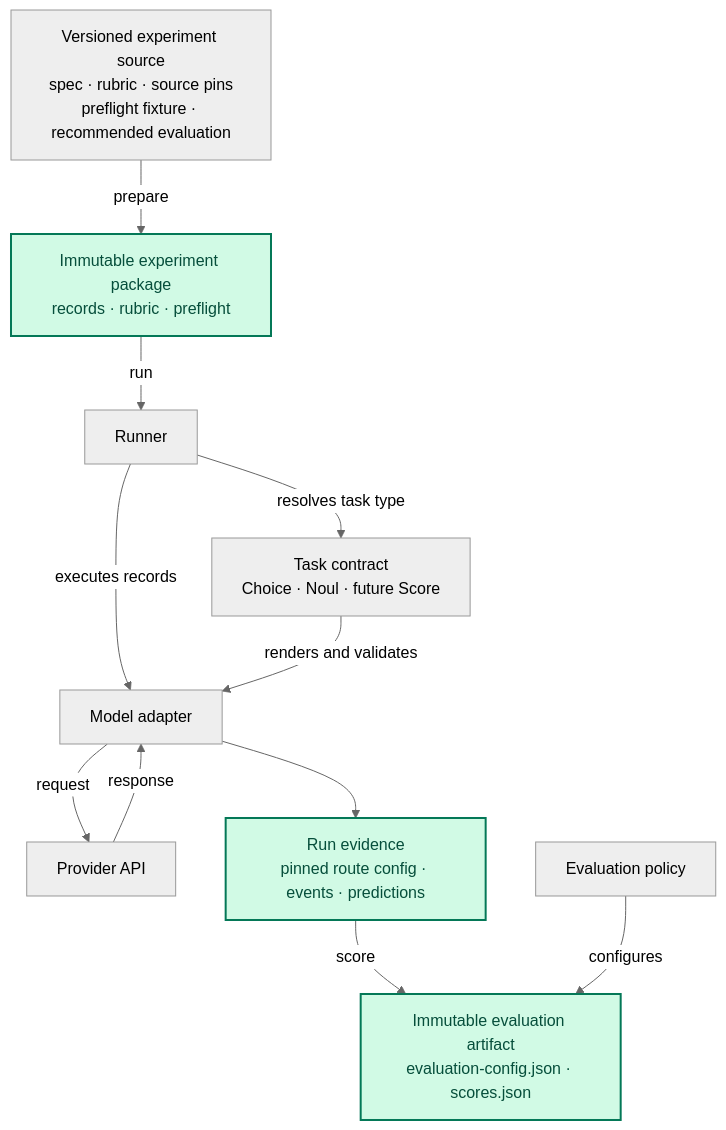
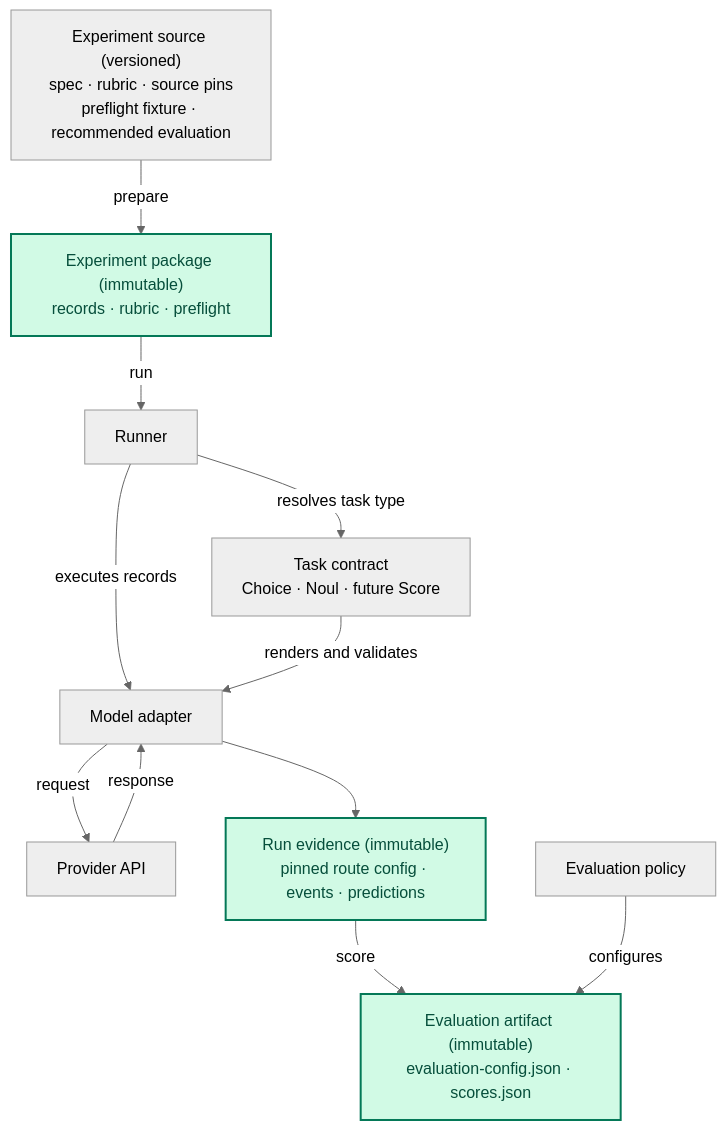
Before and after one commit to Tenkei/jev-decision-bench: the diagram in docs/architecture.md, drawn with Mermaid (neutral theme).

Commit message:
Use suffixes for artifact lifecycle labels

````diff
--- a/docs/architecture.md
+++ b/docs/architecture.md
@@ -8,26 +8,26 @@
 ```mermaid
 flowchart TD
-    source["Versioned experiment source<br/>spec · rubric · source pins<br/>preflight fixture · recommended evaluation"]
-    package["Immutable experiment package<br/>records · rubric · preflight"]
+    source["Experiment source (versioned)<br/>spec · rubric · source pins<br/>preflight fixture · recommended evaluation"]
+    package["Experiment package (immutable)<br/>records · rubric · preflight"]
     runner["Runner"]
     contract["Task contract<br/>Choice · Noul · future Score"]
     adapter["Model adapter"]
     provider["Provider API"]
-    run["Run evidence<br/>pinned route config · events · predictions"]
+    run["Run evidence (immutable)<br/>pinned route config · events · predictions"]
     policy["Evaluation policy"]
-    evaluation["Immutable evaluation artifact<br/>evaluation-config.json · scores.json"]
+    evaluation["Evaluation artifact (immutable)<br/>evaluation-config.json · scores.json"]
 
     source -->|prepare| package
     package -->|run| runner
     runner -->|resolves task type| contract
     runner -->|executes records| adapter
     contract -->|renders and validates| adapter
     adapter -->|request| provider
     provider -->|response| adapter
     adapter --> run
     run -->|score| evaluation
     policy -->|configures| evaluation
 
     classDef immutable fill:#d1fae5,stroke:#047857,color:#064e3b,stroke-width:2px
     class package,run,evaluation immutable
 ```
````
